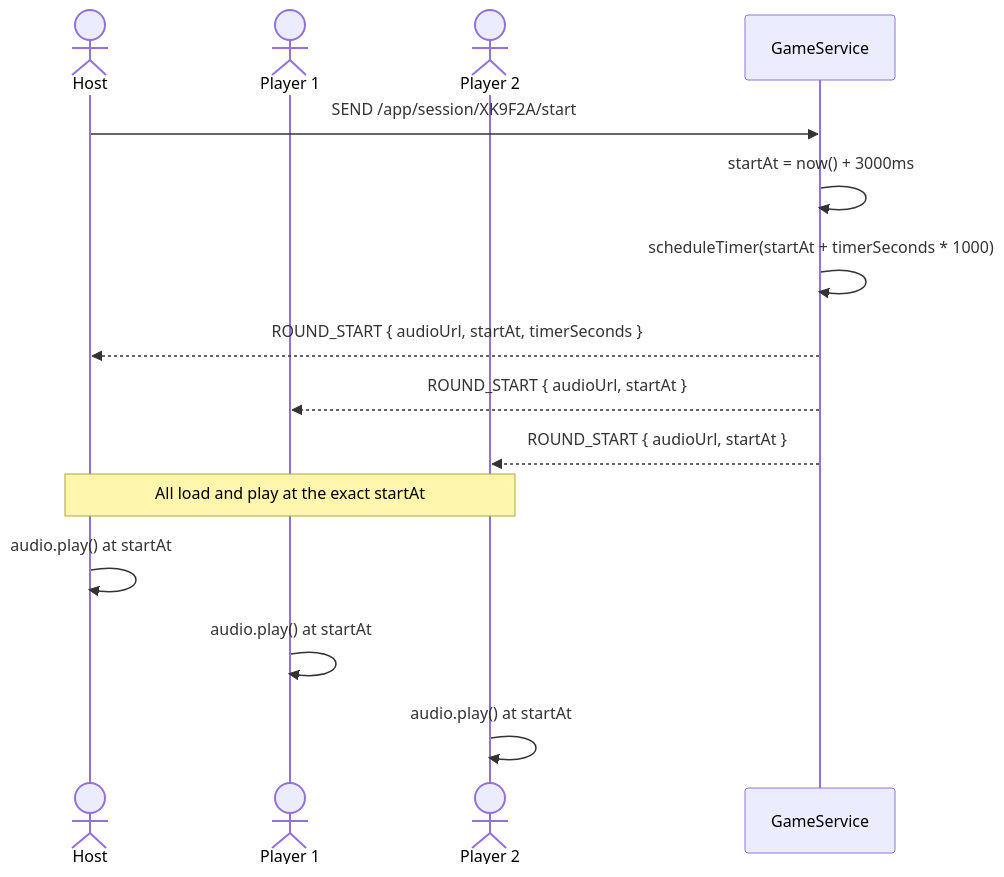
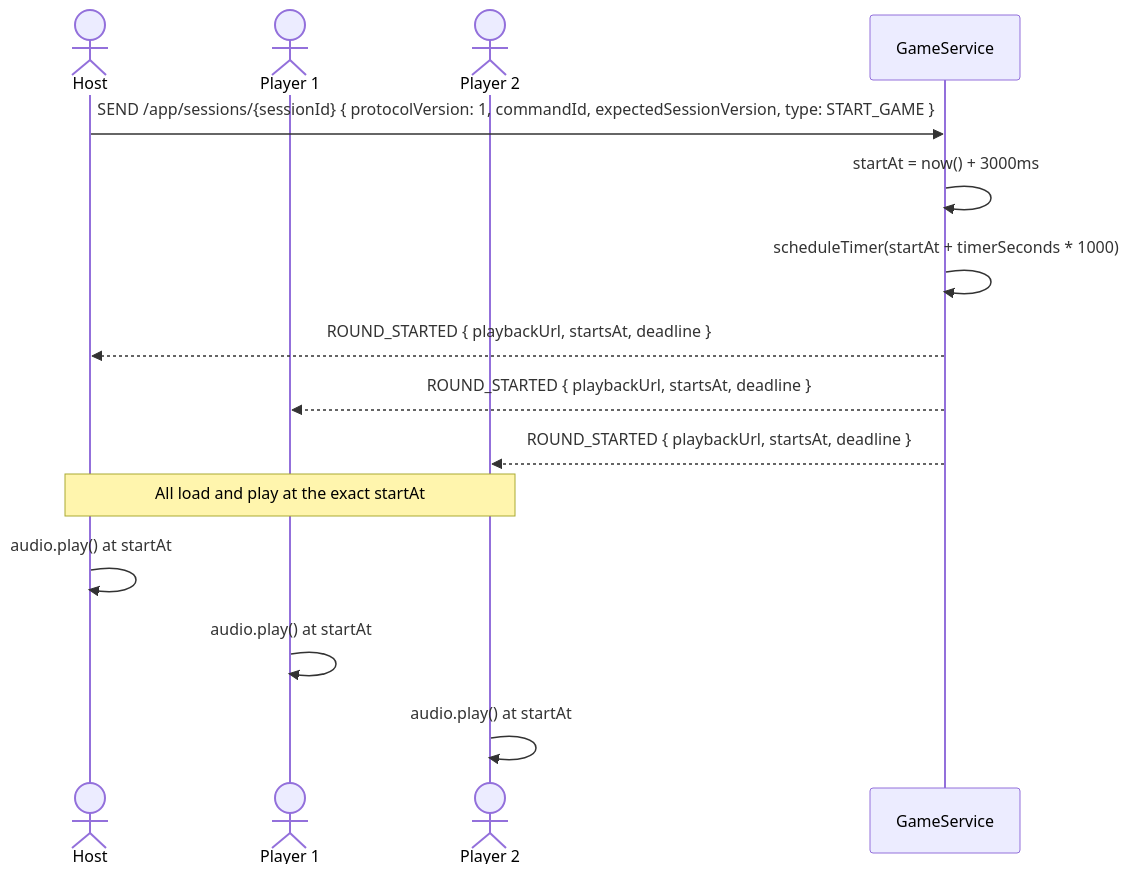
One commit to CyprienJ/blindTest changed the ninth of 9 diagrams in docs/architecture.md. Above: the diagram before and after it, drawn with Mermaid. The commit also changed other lines of this file and 21 other files, not shown here.

````diff
--- a/docs/architecture.md
+++ b/docs/architecture.md
@@ -882,19 +882,19 @@
 ```mermaid
 sequenceDiagram
     actor Host as Host
     actor P1 as Player 1
     actor P2 as Player 2
     participant GS as GameService
 
-    Host->>GS: SEND /app/session/XK9F2A/start
+    Host->>GS: SEND /app/sessions/{sessionId} { protocolVersion: 1, commandId, expectedSessionVersion, type: START_GAME }
     GS->>GS: startAt = now() + 3000ms
     GS->>GS: scheduleTimer(startAt + timerSeconds * 1000)
-    GS-->>Host: ROUND_START { audioUrl, startAt, timerSeconds }
-    GS-->>P1: ROUND_START { audioUrl, startAt }
-    GS-->>P2: ROUND_START { audioUrl, startAt }
+    GS-->>Host: ROUND_STARTED { playbackUrl, startsAt, deadline }
+    GS-->>P1: ROUND_STARTED { playbackUrl, startsAt, deadline }
+    GS-->>P2: ROUND_STARTED { playbackUrl, startsAt, deadline }
 
     Note over Host,P2: All load and play at the exact startAt
     Host->>Host: audio.play() at startAt
     P1->>P1: audio.play() at startAt
     P2->>P2: audio.play() at startAt
 ```
````
